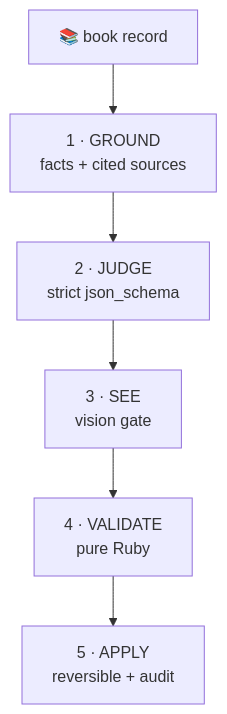
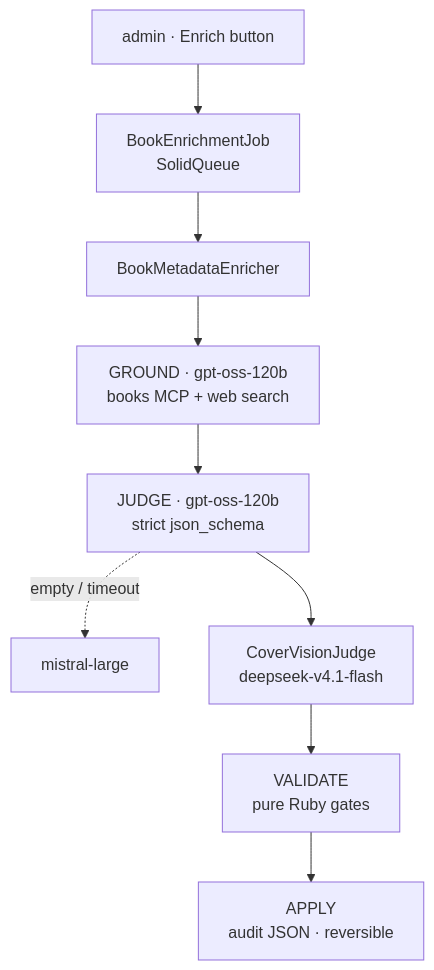
The first of 4 diagrams in presentation.md (nebiyuelias1/litloop-otari-slides), drawn with Mermaid before and after one commit. The commit also changed other lines of this file and 2 other files, not shown here.

Commit message:
restructure: code-level architecture diagram (classes × models), covers flow diagram, compact cite-gates, code-exec DNA, bio close with photo — drop live results/tradeoffs/checklist

````diff
--- a/presentation.md
+++ b/presentation.md
@@ -45,9 +45,11 @@
 ```mermaid +render
 flowchart TD
-  B["📚 book record"] --> G
-  G["1 · GROUND\nfacts + cited sources"] --> J
-  J["2 · JUDGE\nstrict json_schema"] --> V
-  V["3 · SEE\nvision gate"] --> VA
-  VA["4 · VALIDATE\npure Ruby"] --> A
-  A["5 · APPLY\nreversible + audit"]
+  A["admin · Enrich button"] --> J["BookEnrichmentJob\nSolidQueue"]
+  J --> E["BookMetadataEnricher"]
+  E --> G["GROUND · gpt-oss-120b\nbooks MCP + web search"]
+  G --> JU["JUDGE · gpt-oss-120b\nstrict json_schema"]
+  JU -. "empty / timeout" .-> M["mistral-large"]
+  JU --> CV["CoverVisionJudge\ndeepseek-v4.1-flash"]
+  CV --> VA["VALIDATE\npure Ruby gates"]
+  VA --> AP["APPLY\naudit JSON · reversible"]
 ```
````
